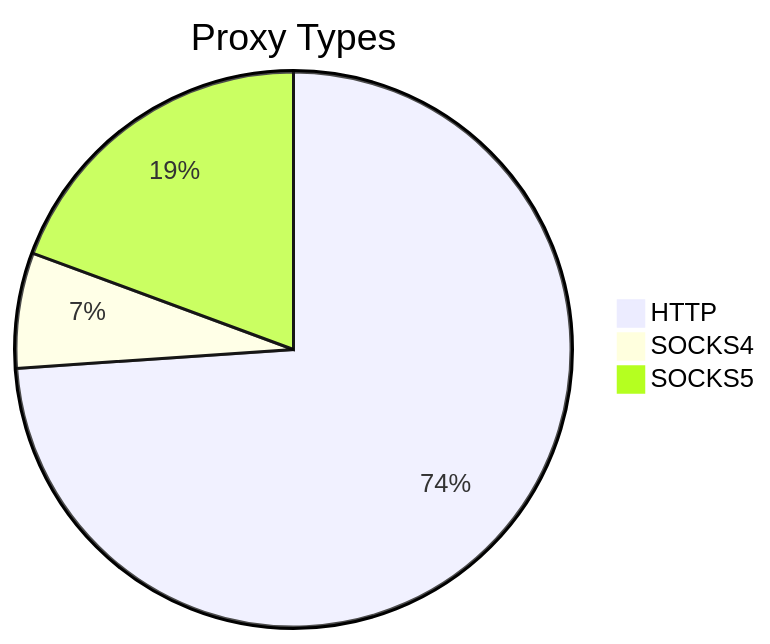
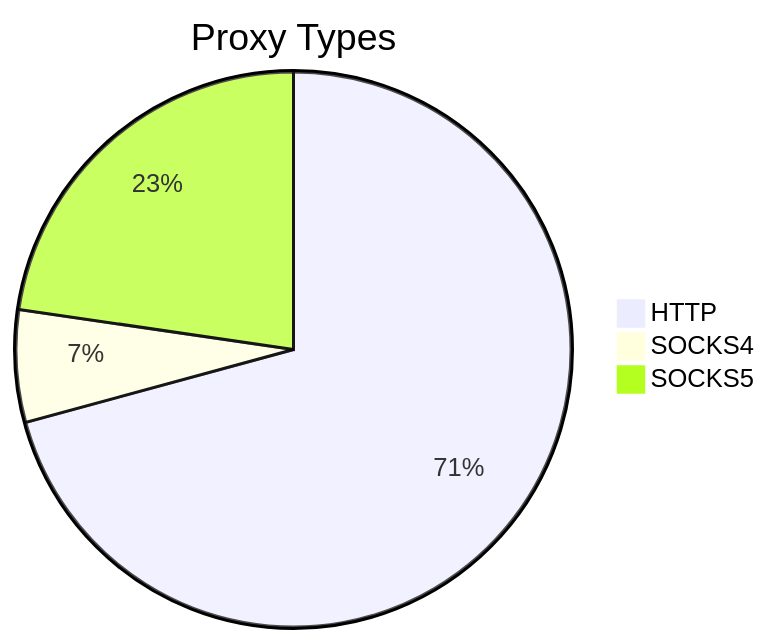
The first of 2 diagrams in README.md (stormsia/proxy-list), drawn with Mermaid before and after one commit. The commit also changed other lines of this file, not shown here.

````diff
--- a/README.md
+++ b/README.md
@@ -21,6 +21,6 @@
 ```mermaid
 pie title Proxy Types
-    "HTTP" : 374
+    "HTTP" : 368
     "SOCKS4" : 34
-    "SOCKS5" : 98
+    "SOCKS5" : 118
 ```
````
